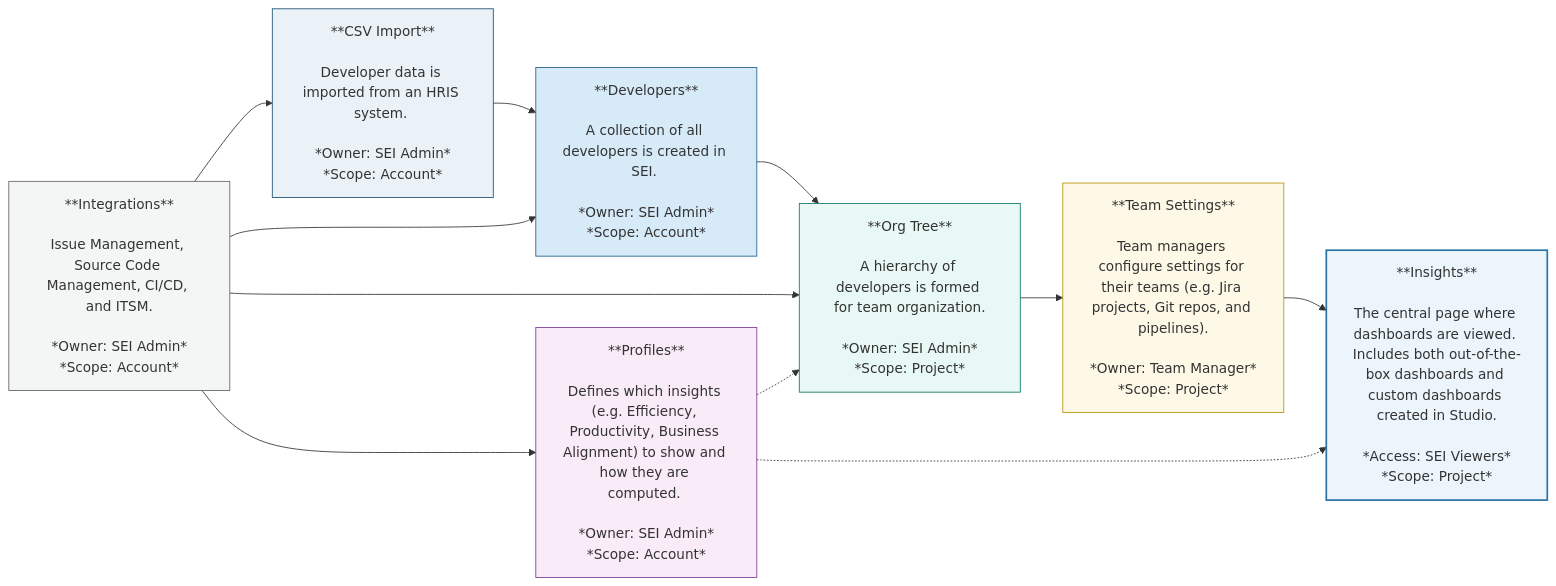
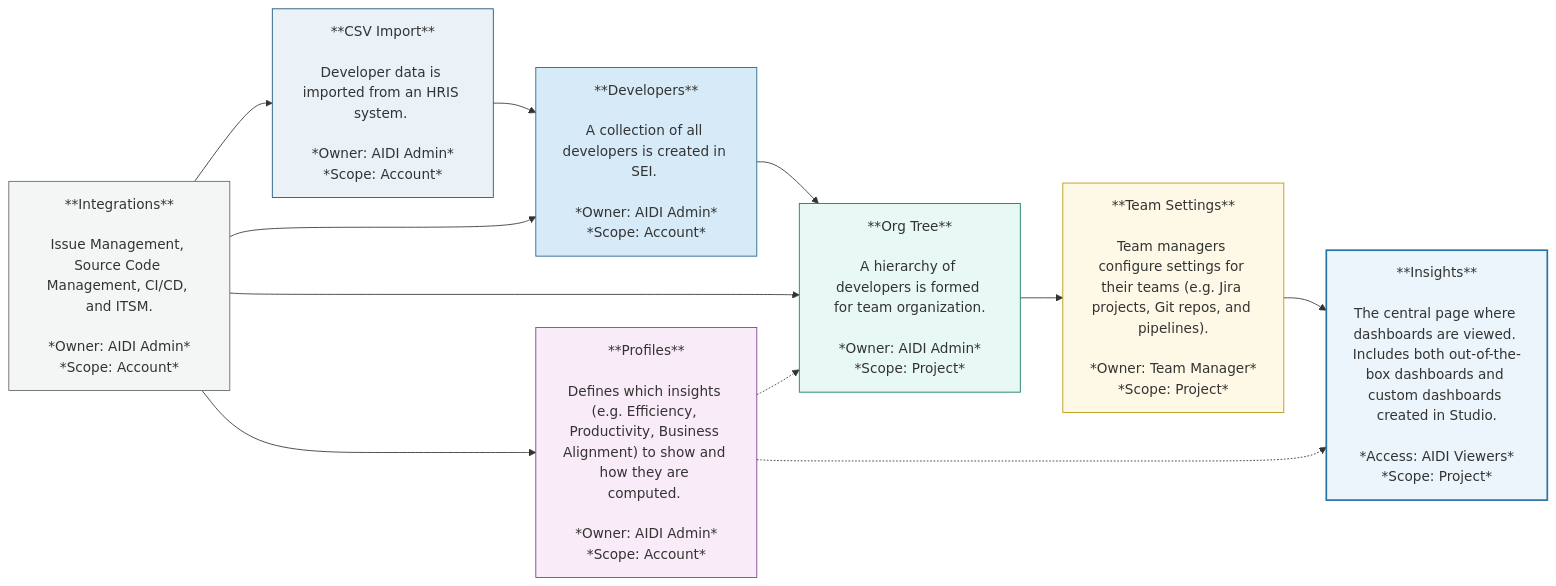
The diagram in docs/ai-dlc-insights/key-concepts.md (harness/developer-hub), drawn with Mermaid before and after one commit. The commit also changed other lines of this file and 24 other files, not shown here.

First line of the commit message:
chore: [HDH-1337]: Replace `SEI` Mentions in AI DLC Insights Documentation (#103174)

````diff
--- a/docs/ai-dlc-insights/key-concepts.md
+++ b/docs/ai-dlc-insights/key-concepts.md
@@ -21,33 +21,33 @@
 ```mermaid
 flowchart LR
     %% Left to Right Layout
-    A["**CSV Import**<br><br>Developer data is imported from an HRIS system. <br><br>*Owner: SEI Admin*<br>*Scope: Account*"] --> B["**Developers**<br><br>A collection of all developers is created in SEI. <br><br>*Owner: SEI Admin*<br>*Scope: Account*"] --> C["**Org Tree**<br><br>A hierarchy of developers is formed for team organization.<br><br>*Owner: SEI Admin*<br>*Scope: Project*"] --> D["**Team Settings**<br><br>Team managers configure settings for their teams (e.g. Jira projects, Git repos, and pipelines).<br><br>*Owner: Team Manager*<br>*Scope: Project*"] --> E["**Insights**<br><br>The central page where dashboards are viewed. Includes both out-of-the-box dashboards and custom dashboards created in Studio.<br><br>*Access: SEI Viewers*<br>*Scope: Project*"]
+    A["**CSV Import**<br><br>Developer data is imported from an HRIS system. <br><br>*Owner: AIDI Admin*<br>*Scope: Account*"] --> B["**Developers**<br><br>A collection of all developers is created in SEI. <br><br>*Owner: AIDI Admin*<br>*Scope: Account*"] --> C["**Org Tree**<br><br>A hierarchy of developers is formed for team organization.<br><br>*Owner: AIDI Admin*<br>*Scope: Project*"] --> D["**Team Settings**<br><br>Team managers configure settings for their teams (e.g. Jira projects, Git repos, and pipelines).<br><br>*Owner: Team Manager*<br>*Scope: Project*"] --> E["**Insights**<br><br>The central page where dashboards are viewed. Includes both out-of-the-box dashboards and custom dashboards created in Studio.<br><br>*Access: AIDI Viewers*<br>*Scope: Project*"]
 
     %% Profiles below Org Tree
-    F["**Profiles**<br><br>Defines which insights (e.g. Efficiency, Productivity, Business Alignment) to show and how they are computed. <br><br>*Owner: SEI Admin*<br>*Scope: Account*"] -.-> C
+    F["**Profiles**<br><br>Defines which insights (e.g. Efficiency, Productivity, Business Alignment) to show and how they are computed. <br><br>*Owner: AIDI Admin*<br>*Scope: Account*"] -.-> C
     F -.-> E
 
     %% Integrations at the bottom
-    G["**Integrations**<br><br>Issue Management, Source Code Management, CI/CD, and ITSM.<br><br>*Owner: SEI Admin*<br>*Scope: Account*"] --> A
+    G["**Integrations**<br><br>Issue Management, Source Code Management, CI/CD, and ITSM.<br><br>*Owner: AIDI Admin*<br>*Scope: Account*"] --> A
     G --> B
     G --> C
     G --> F
 
     %% Style Definitions (toned-down pastels)
     classDef csvImport fill:#EAF2F8,stroke:#1B4F72,stroke-width:1px;    %% Muted blue
     classDef developers fill:#D6EAF8,stroke:#21618C,stroke-width:1px;    %% Softer medium blue
     classDef orgTree fill:#E8F8F5,stroke:#117864,stroke-width:1px;      %% Light teal
     classDef teamSettings fill:#FEF9E7,stroke:#B7950B,stroke-width:1px; %% Soft muted yellow
     classDef insights fill:#EBF5FB,stroke:#2874A6,stroke-width:2px,stroke-dasharray: 4 2; %% Very light blue, dashed
     classDef profiles fill:#F9EBF7,stroke:#7D3C98,stroke-width:1px;     %% Soft lavender
     classDef integrations fill:#F4F6F6,stroke:#626567,stroke-width:1px; %% Light neutral grey
 
     %% Apply Styles
     class A csvImport
     class B developers
     class C orgTree
     class D teamSettings
     class E insights
     class F profiles
     class G integrations
 ```
````
